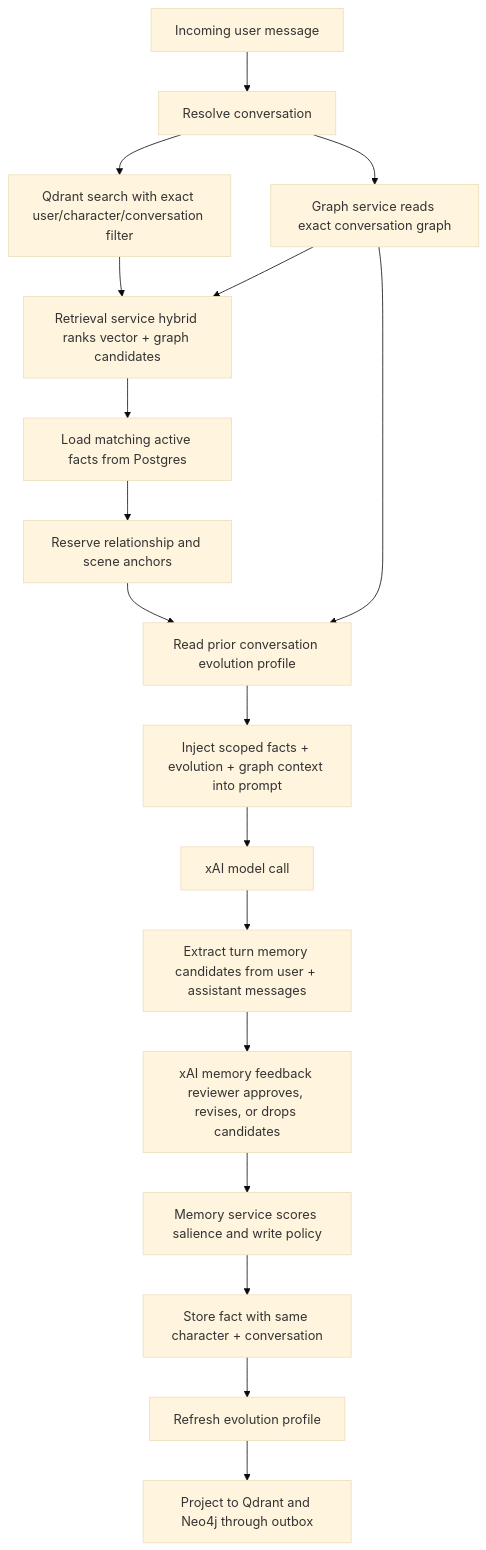
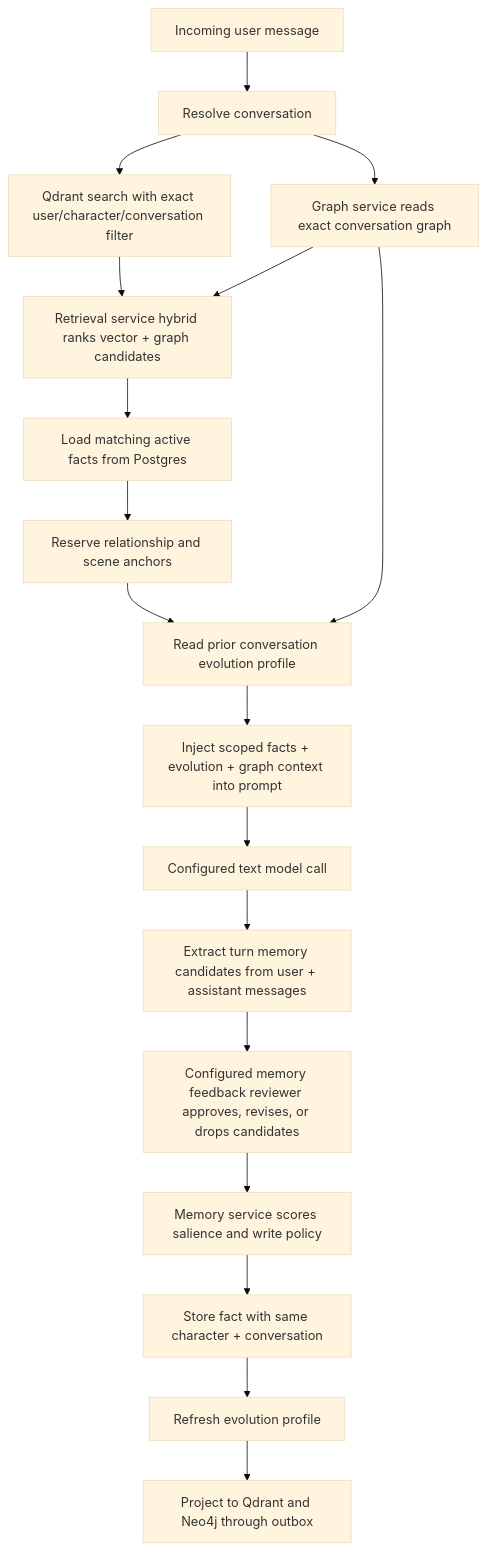
One commit to Afnanksalal/hana-chat changed the diagram in docs/memory-architecture.md. Above: the diagram before and after it, drawn with Mermaid (base theme). The commit also changed other lines of this file and 19 other files, not shown here.

Commit message:
Add AgentRouter text model routing

````diff
--- a/docs/memory-architecture.md
+++ b/docs/memory-architecture.md
@@ -42,20 +42,20 @@
 ```mermaid
 flowchart TD
   Message["Incoming user message"] --> Conversation["Resolve conversation"]
   Conversation --> Vector["Qdrant search with exact user/character/conversation filter"]
   Conversation --> Graph["Graph service reads exact conversation graph"]
   Vector --> Rank["Retrieval service hybrid ranks vector + graph candidates"]
   Graph --> Rank
   Rank --> LoadIds["Load matching active facts from Postgres"]
   LoadIds --> Anchors["Reserve relationship and scene anchors"]
   Anchors --> Evolve["Read prior conversation evolution profile"]
   Graph --> Evolve
   Evolve --> Prompt["Inject scoped facts + evolution + graph context into prompt"]
-  Prompt --> Model["xAI model call"]
+  Prompt --> Model["Configured text model call"]
   Model --> Extract["Extract turn memory candidates from user + assistant messages"]
-  Extract --> Review["xAI memory feedback reviewer approves, revises, or drops candidates"]
+  Extract --> Review["Configured memory feedback reviewer approves, revises, or drops candidates"]
   Review --> Policy["Memory service scores salience and write policy"]
   Policy --> Store["Store fact with same character + conversation"]
   Store --> Refresh["Refresh evolution profile"]
   Refresh --> Project["Project to Qdrant and Neo4j through outbox"]
 ```
````
